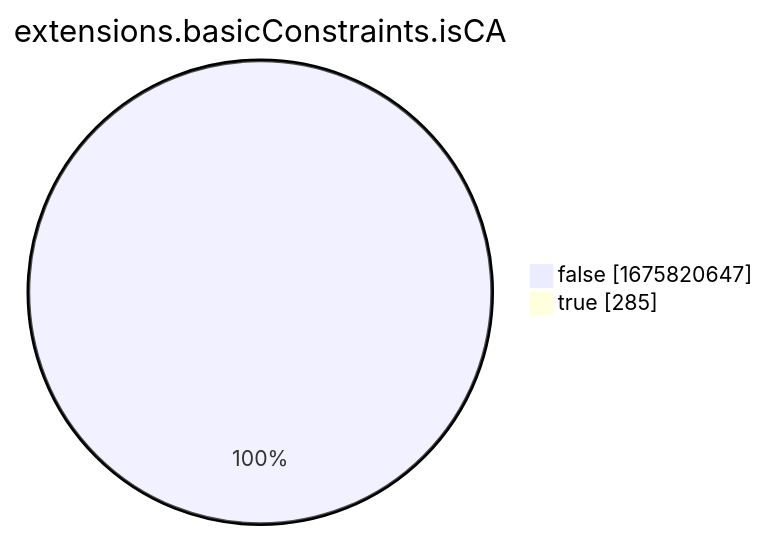
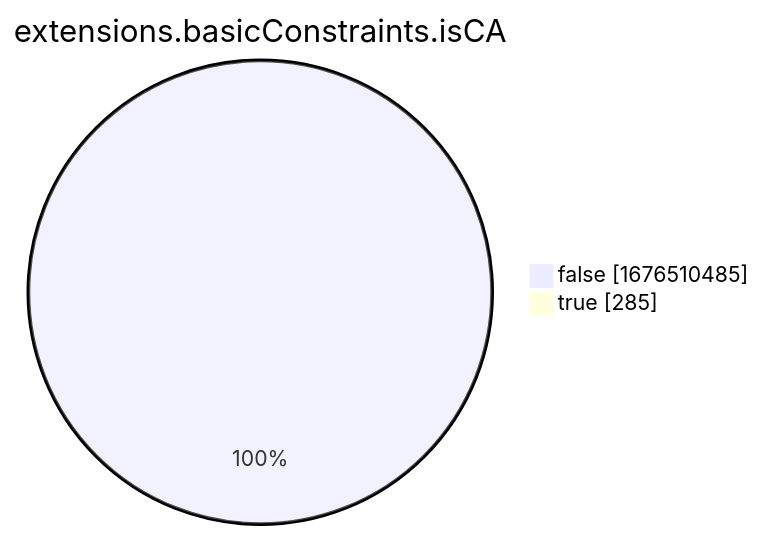
Before and after one commit to christiankrug/ctmonitor_visualization: the eighth of 15 diagrams in xenon2022/README.md, drawn with Mermaid. The commit also changed other lines of this file, not shown here.

````diff
--- a/xenon2022/README.md
+++ b/xenon2022/README.md
@@ -2865,6 +2865,6 @@
 ```mermaid
 pie showData
 title extensions.basicConstraints.isCA
-"false" :1675820647
+"false" :1676510485
 "true" :285
 ```
````
